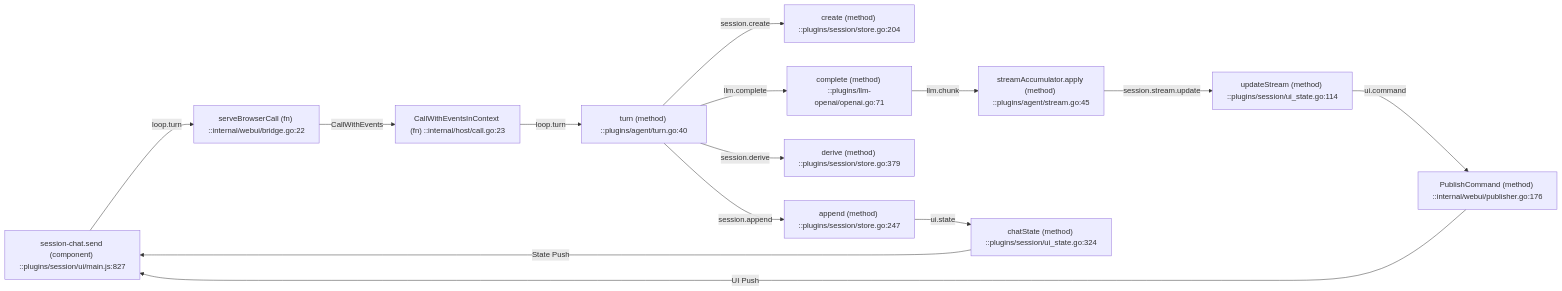
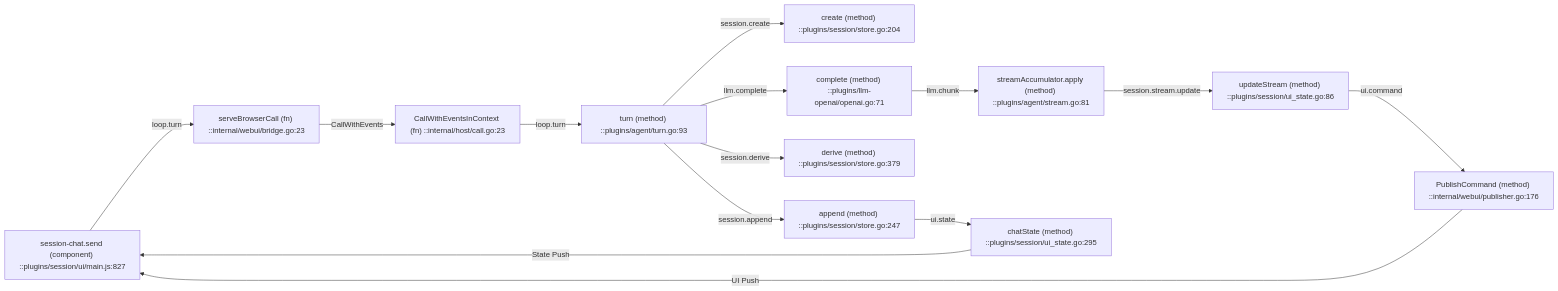
Before and after one commit to Alphazer01214/my-go-lite-agent: the second of 5 diagrams in docs/project-map/DEPENDENCY.md, drawn with Mermaid. The commit also changed other lines of this file and 76 other files, not shown here.

````diff
--- a/docs/project-map/DEPENDENCY.md
+++ b/docs/project-map/DEPENDENCY.md
@@ -22,16 +22,16 @@
 ```mermaid
 flowchart LR
-  UI["session-chat.send (component) ::plugins/session/ui/main.js:827"] -->|loop.turn| Bridge["serveBrowserCall (fn) ::internal/webui/bridge.go:22"]
+  UI["session-chat.send (component) ::plugins/session/ui/main.js:827"] -->|loop.turn| Bridge["serveBrowserCall (fn) ::internal/webui/bridge.go:23"]
   Bridge -->|CallWithEvents| Call["CallWithEventsInContext (fn) ::internal/host/call.go:23"]
-  Call -->|loop.turn| Turn["turn (method) ::plugins/agent/turn.go:40"]
+  Call -->|loop.turn| Turn["turn (method) ::plugins/agent/turn.go:93"]
   Turn -->|session.create| Create["create (method) ::plugins/session/store.go:204"]
   Turn -->|session.append| Append["append (method) ::plugins/session/store.go:247"]
   Turn -->|session.derive| Derive["derive (method) ::plugins/session/store.go:379"]
   Turn -->|llm.complete| Complete["complete (method) ::plugins/llm-openai/openai.go:71"]
-  Complete -->|llm.chunk| Accumulate["streamAccumulator.apply (method) ::plugins/agent/stream.go:45"]
-  Accumulate -->|session.stream.update| Update["updateStream (method) ::plugins/session/ui_state.go:114"]
+  Complete -->|llm.chunk| Accumulate["streamAccumulator.apply (method) ::plugins/agent/stream.go:81"]
+  Accumulate -->|session.stream.update| Update["updateStream (method) ::plugins/session/ui_state.go:86"]
   Update -->|ui.command| Publish["PublishCommand (method) ::internal/webui/publisher.go:176"]
   Publish -->|UI Push| UI
-  Append -->|ui.state| Chat["chatState (method) ::plugins/session/ui_state.go:324"]
+  Append -->|ui.state| Chat["chatState (method) ::plugins/session/ui_state.go:295"]
   Chat -->|State Push| UI
 ```
````
